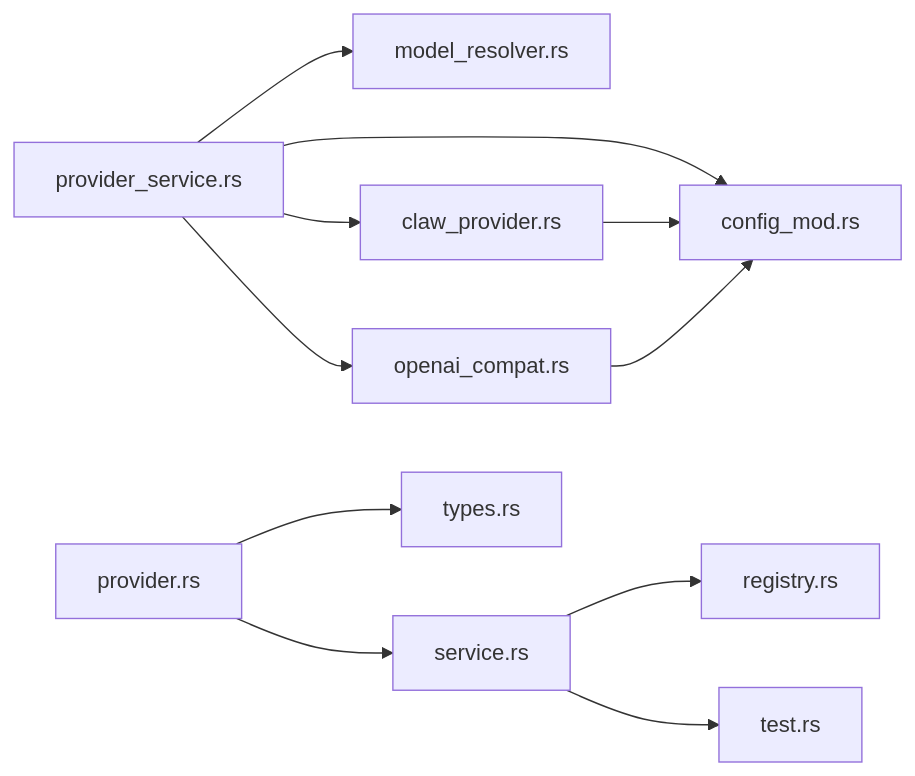
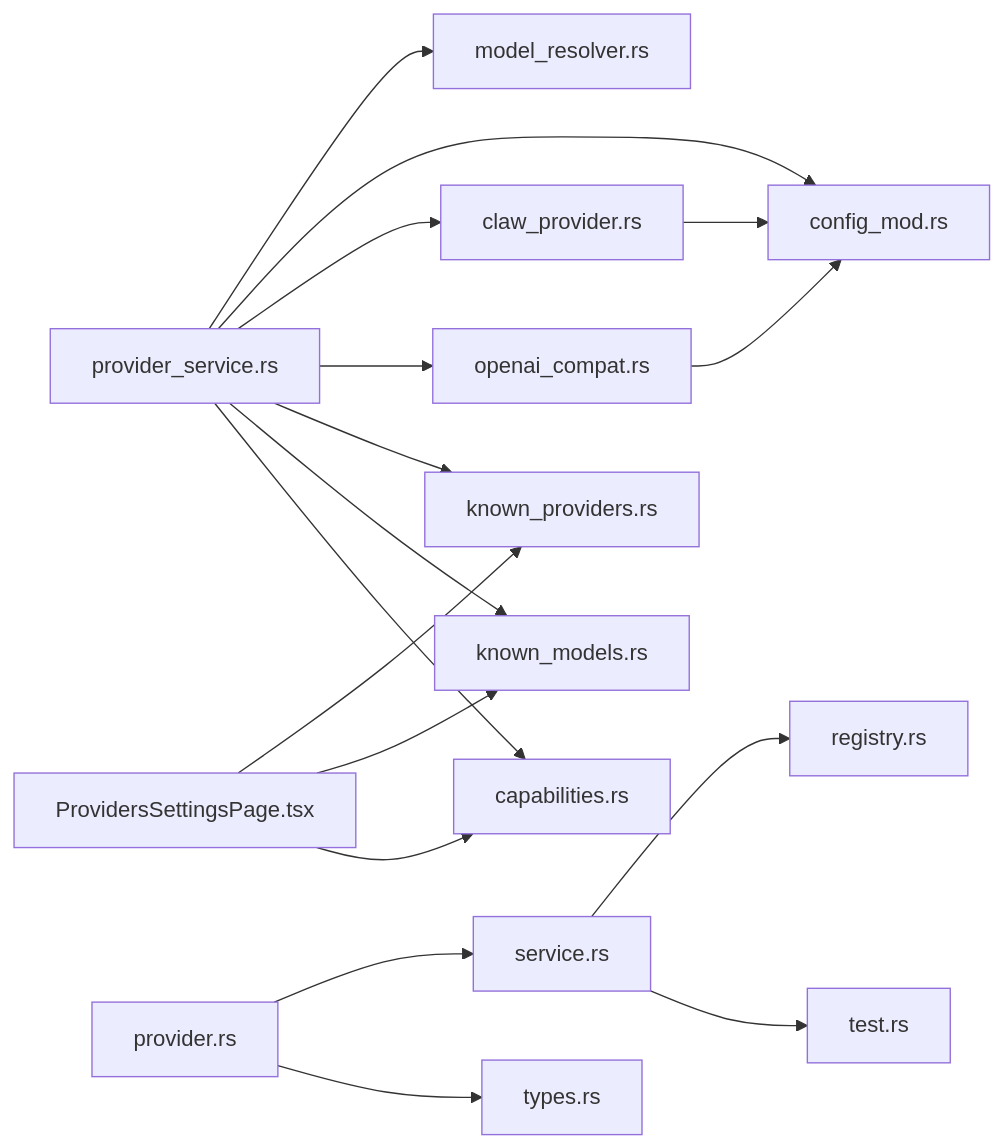
Diagram 12 of 12 in .qoder/repowiki/en/content/Backend System (Rust)/Module Architecture & Design/Application Layer/Provider Service.md (novolei/if2Ai), drawn with Mermaid before and after one commit. The commit also changed other lines of this file and 32 other files, not shown here.

````diff
--- a/.qoder/repowiki/en/content/Backend System (Rust)/Module Architecture & Design/Application Layer/Provider Service.md
+++ b/.qoder/repowiki/en/content/Backend System (Rust)/Module Architecture & Design/Application Layer/Provider Service.md
@@ -337,13 +541,19 @@
 ```mermaid
 graph LR
 PS["provider_service.rs"] --> MR["model_resolver.rs"]
 PS --> CFG["config_mod.rs"]
 PS --> CL["claw_provider.rs"]
 PS --> OA["openai_compat.rs"]
+PS --> KP["known_providers.rs"]
+PS --> KM["known_models.rs"]
+PS --> CAP["capabilities.rs"]
 CMD["provider.rs"] --> SVC["service.rs"]
 SVC --> REG["registry.rs"]
 SVC --> TST["test.rs"]
 CMD --> TYP["types.rs"]
 CL --> CFG
 OA --> CFG
+PSP["ProvidersSettingsPage.tsx"] --> KP
+PSP --> KM
+PSP --> CAP
 ```
````
